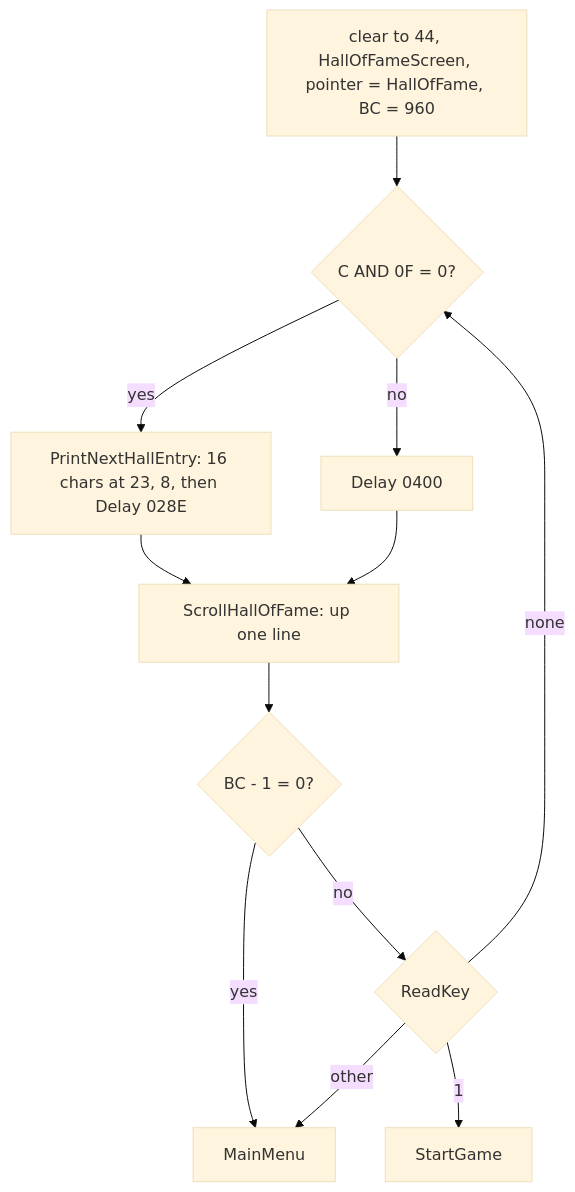
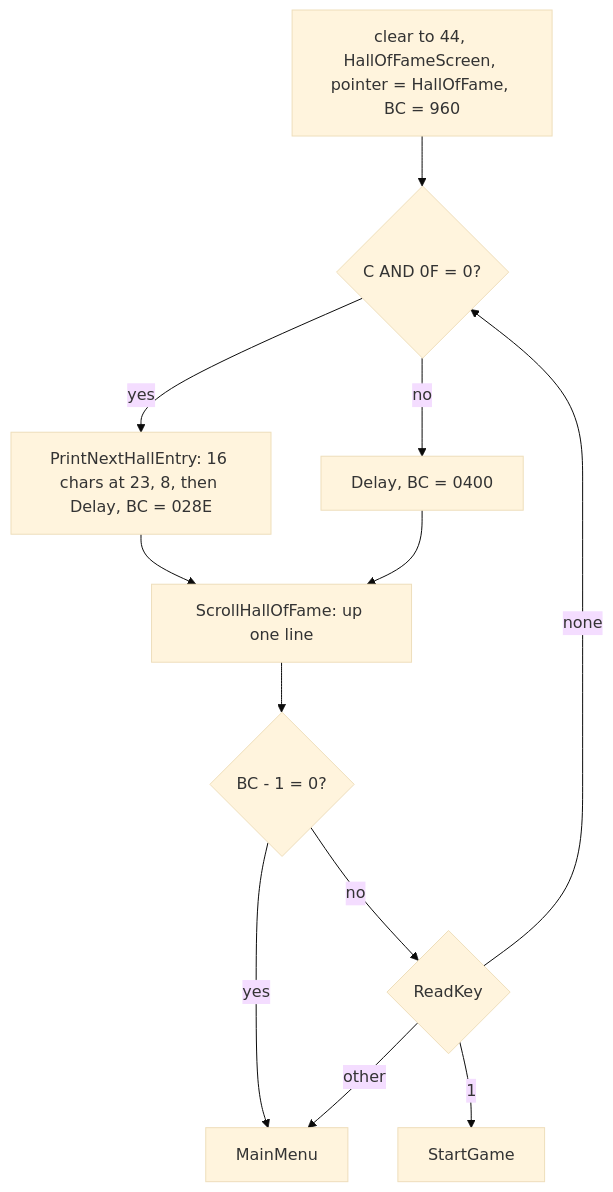
Before and after one commit to alfishe/unrealng-reverse-cases: the fourth of 4 diagrams in games/exolon/docs/08-hud-and-text.md, drawn with Mermaid (base theme). The commit also changed other lines of this file and 24 other files, not shown here.

````diff
--- a/games/exolon/docs/08-hud-and-text.md
+++ b/games/exolon/docs/08-hud-and-text.md
@@ -923,14 +927,14 @@
 ```mermaid
 flowchart TD
   A["clear to 44, HallOfFameScreen, pointer = HallOfFame, BC = 960"] --> B{"C AND 0F = 0?"}
-  B -- yes --> P["PrintNextHallEntry: 16 chars at 23, 8, then Delay 028E"]
-  B -- no --> D["Delay 0400"]
+  B -- yes --> P["PrintNextHallEntry: 16 chars at 23, 8, then Delay, BC = 028E"]
+  B -- no --> D["Delay, BC = 0400"]
   P --> S["ScrollHallOfFame: up one line"]
   D --> S
   S --> C{"BC - 1 = 0?"}
   C -- yes --> M["MainMenu"]
   C -- no --> K{"ReadKey"}
   K -- none --> B
   K -- "1" --> G["StartGame"]
   K -- other --> M
 ```
````
